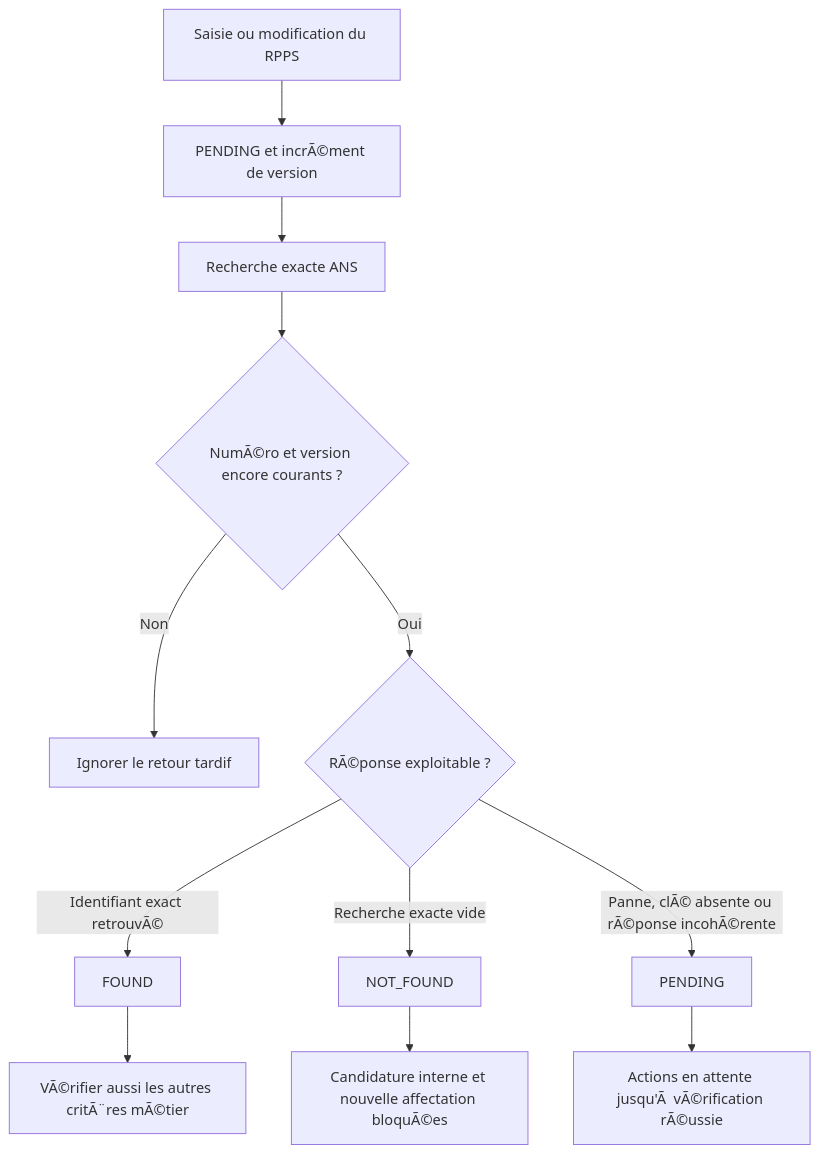
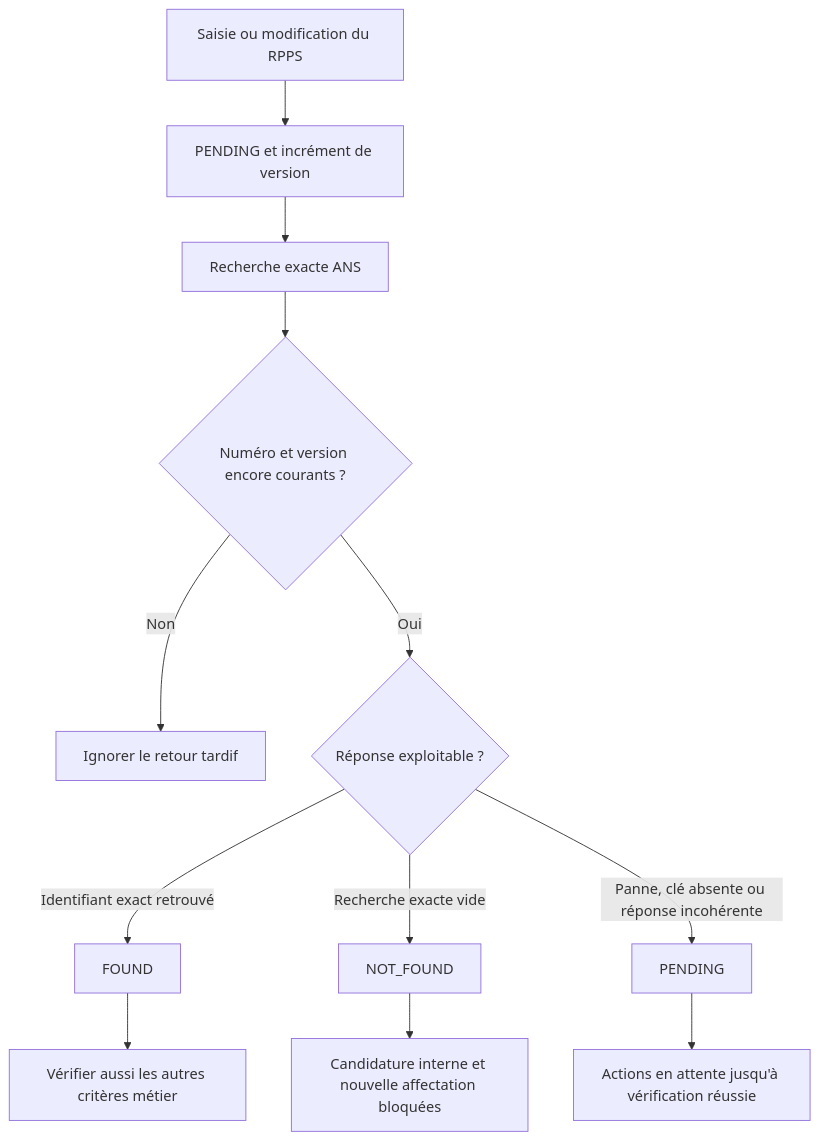
One commit to lebretyves/Infimactch_Prod changed the third of 8 diagrams in docs/FLUX_V1.md. Above: the diagram before and after it, drawn with Mermaid. The commit also changed other lines of this file and 67 other files, not shown here.

Commit message:
docs: refresh architecture flows and delivery documentation

````diff
--- a/docs/FLUX_V1.md
+++ b/docs/FLUX_V1.md
@@ -30,14 +51,14 @@
 ```mermaid
 flowchart TD
-    input["Saisie ou modification du RPPS"] --> pending["PENDING et incrÃ©ment de version"]
+    input["Saisie ou modification du RPPS"] --> pending["PENDING et incrément de version"]
     pending --> request["Recherche exacte ANS"]
-    request --> current{"NumÃ©ro et version encore courants ?"}
+    request --> current{"Numéro et version encore courants ?"}
     current -->|"Non"| ignored["Ignorer le retour tardif"]
-    current -->|"Oui"| result{"RÃ©ponse exploitable ?"}
-    result -->|"Identifiant exact retrouvÃ©"| found["FOUND"]
+    current -->|"Oui"| result{"Réponse exploitable ?"}
+    result -->|"Identifiant exact retrouvé"| found["FOUND"]
     result -->|"Recherche exacte vide"| missing["NOT_FOUND"]
-    result -->|"Panne, clÃ© absente ou rÃ©ponse incohÃ©rente"| waiting["PENDING"]
-    found --> rules["VÃ©rifier aussi les autres critÃ¨res mÃ©tier"]
-    missing --> blocked["Candidature interne et nouvelle affectation bloquÃ©es"]
-    waiting --> hold["Actions en attente jusqu'Ã  vÃ©rification rÃ©ussie"]
+    result -->|"Panne, clé absente ou réponse incohérente"| waiting["PENDING"]
+    found --> rules["Vérifier aussi les autres critères métier"]
+    missing --> blocked["Candidature interne et nouvelle affectation bloquées"]
+    waiting --> hold["Actions en attente jusqu'à vérification réussie"]
 ```
````
